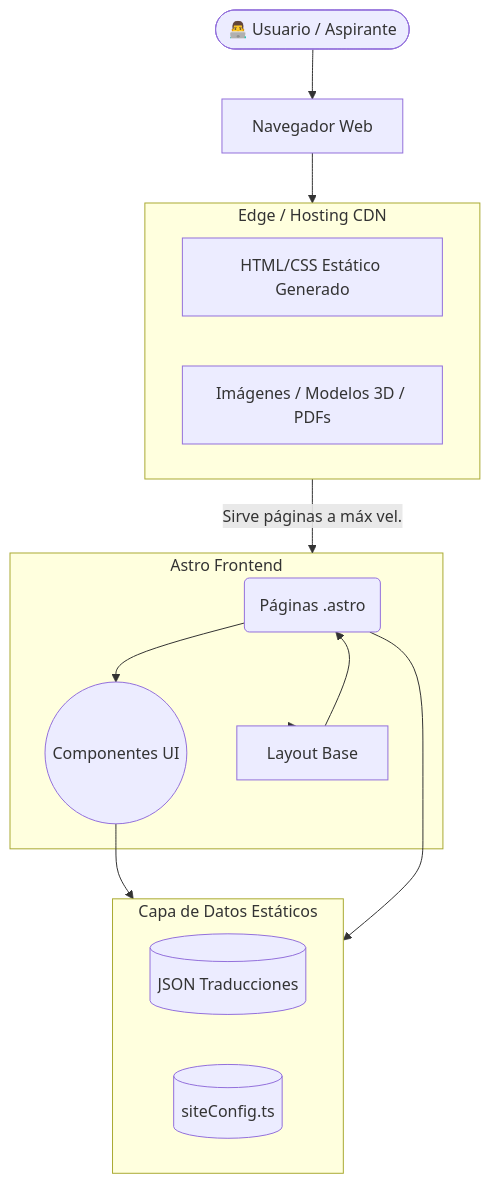
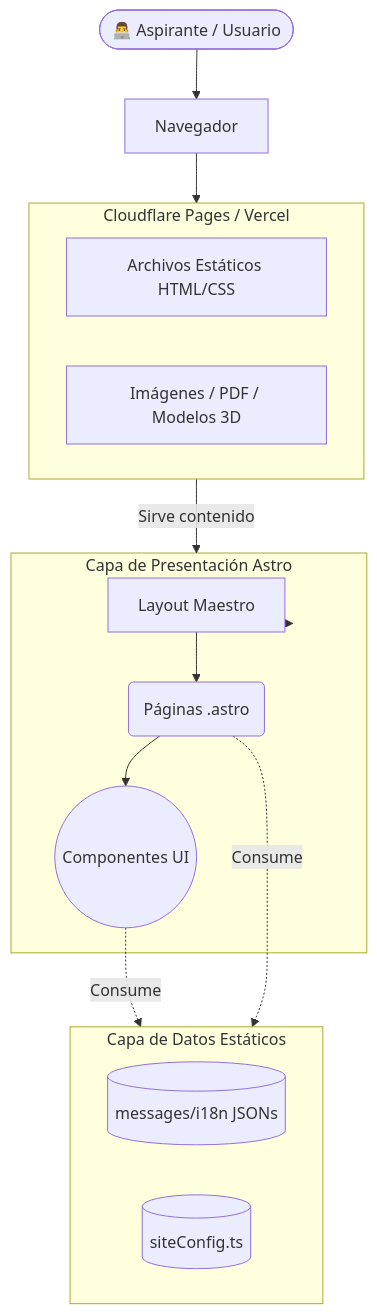
Before and after one commit to tics-itsoeh/itics-website: the first of 9 diagrams in docs/diagrams.md, drawn with Mermaid. The commit also changed other lines of this file, not shown here.

Commit message:
docs: expand diagrams collection with specialized maintenance and data flows

````diff
--- a/docs/diagrams.md
+++ b/docs/diagrams.md
@@ -10,30 +10,30 @@
 ```mermaid
 flowchart TD
-    User([👨‍💻 Usuario / Aspirante])
-    Browser[Navegador Web]
+    User([👨‍💻 Aspirante / Usuario])
+    Browser[Navegador]
 
-    subgraph CDN[Edge / Hosting CDN]
-        SSG[HTML/CSS Estático Generado]
-        Assets[Imágenes / Modelos 3D / PDFs]
+    subgraph EdgeCDN[Cloudflare Pages / Vercel]
+        SSG[Archivos Estáticos HTML/CSS]
+        Assets[Imágenes / PDF / Modelos 3D]
     end
 
-    subgraph Frontend[Astro Frontend]
+    subgraph AstroLayer[Capa de Presentación Astro]
+        Layouts[Layout Maestro]
         Pages(Páginas .astro)
         Components((Componentes UI))
-        Layouts[Layout Base]
     end
 
     subgraph DataLayer[Capa de Datos Estáticos]
-        i18n[(JSON Traducciones)]
+        JSON[(messages/i18n JSONs)]
         Config[(siteConfig.ts)]
     end
 
     User --> Browser
-    Browser --> CDN
-    CDN -- Sirve páginas a máx vel. --> Frontend
-    Frontend --> Layouts
+    Browser --> EdgeCDN
+    EdgeCDN -- Sirve contenido --> AstroLayer
+    AstroLayer --> Layouts
     Layouts --> Pages
     Pages --> Components
-    Components --> DataLayer
-    Pages --> DataLayer
+    Components -. Consume .-> DataLayer
+    Pages -. Consume .-> DataLayer
 ```
````
